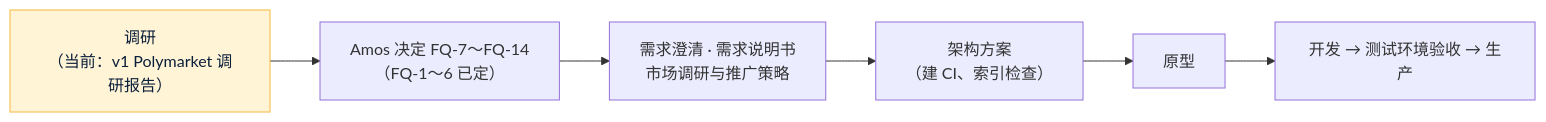
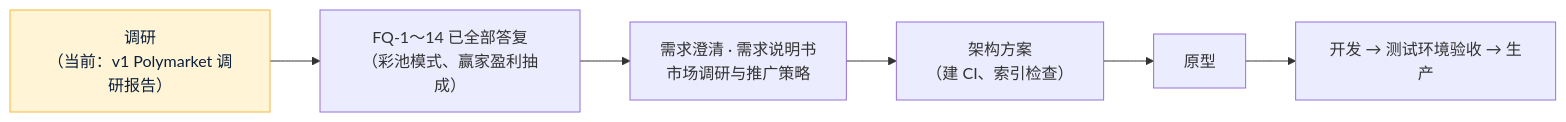
The diagram in 项目地图.md (dollar3651314/forecast), drawn with Mermaid before and after one commit. The commit also changed other lines of this file and 2 other files, not shown here.

First line of the commit message:
调研报告 v1.2：FQ 全部答复——彩池模式、赢家盈利抽成、不做市、不做积分版

````diff
--- a/项目地图.md
+++ b/项目地图.md
@@ -10,5 +10,5 @@
 ```mermaid
 flowchart LR
-    R["调研<br/>（当前：v1 Polymarket 调研报告）"]:::now --> Q["Amos 决定 FQ-7～FQ-14<br/>（FQ-1～6 已定）"] --> D["需求澄清 · 需求说明书<br/>市场调研与推广策略"] --> A["架构方案<br/>（建 CI、索引检查）"] --> P["原型"] --> DEV["开发 → 测试环境验收 → 生产"]
+    R["调研<br/>（当前：v1 Polymarket 调研报告）"]:::now --> Q["FQ-1～14 已全部答复<br/>（彩池模式、赢家盈利抽成）"] --> D["需求澄清 · 需求说明书<br/>市场调研与推广策略"] --> A["架构方案<br/>（建 CI、索引检查）"] --> P["原型"] --> DEV["开发 → 测试环境验收 → 生产"]
     classDef now fill:#FFF4D6,stroke:#F5B83D,color:#0B1F3A
 ```
````
